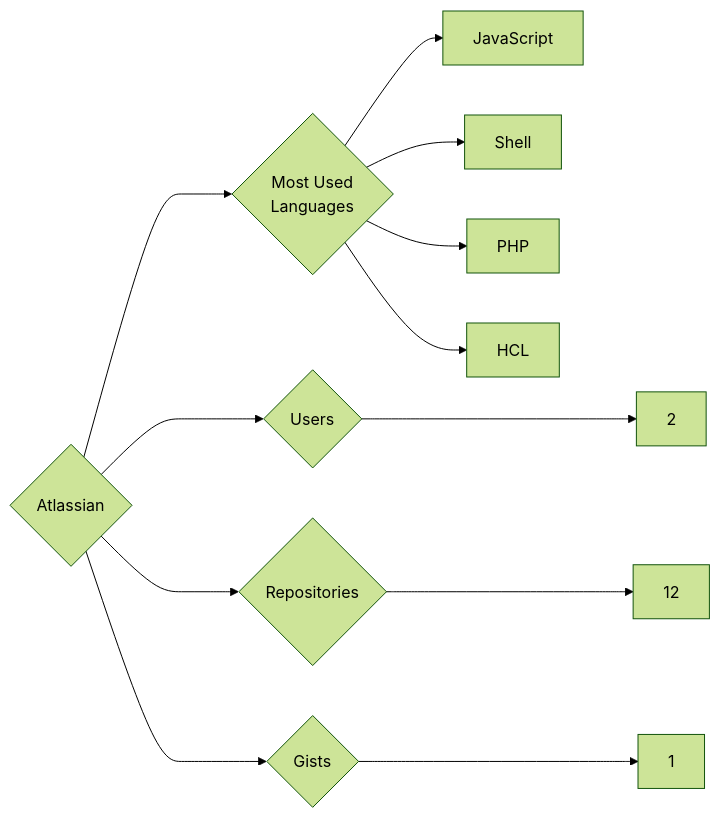
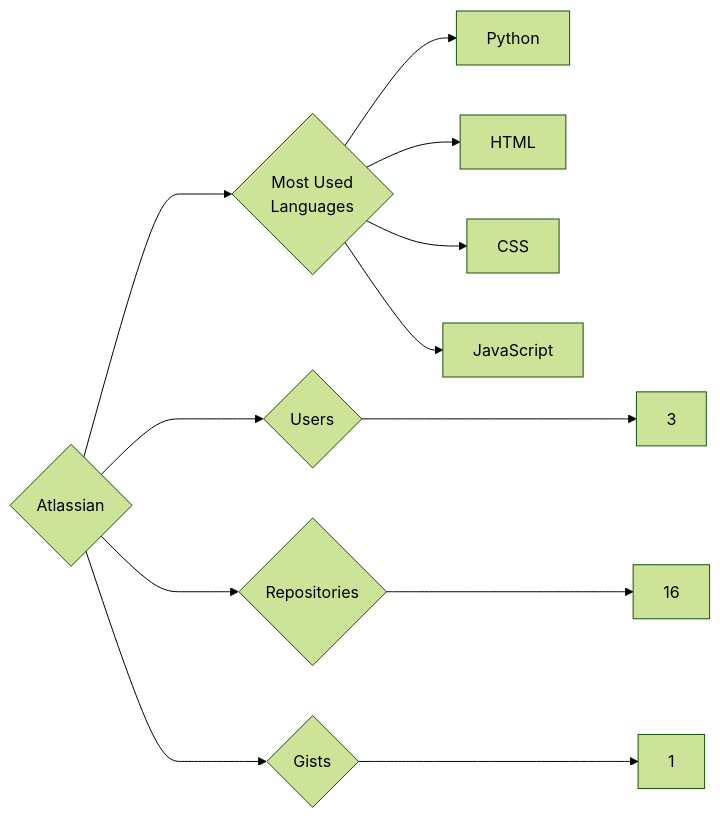
One commit to trickest/insiders changed the diagram in targets/Atlassian/README.md. Above: the diagram before and after it, drawn with Mermaid (forest theme). The commit also changed 993 other files, not shown here.

````diff
--- a/targets/Atlassian/README.md
+++ b/targets/Atlassian/README.md
@@ -3,12 +3,12 @@
 ```mermaid
 graph LR
 COMPANY_NAME{Atlassian}
-COMPANY_NAME ---> U{Users} ---> UN[2]
-COMPANY_NAME ---> R{Repositories} ---> RN[12]
+COMPANY_NAME ---> U{Users} ---> UN[3]
+COMPANY_NAME ---> R{Repositories} ---> RN[16]
 COMPANY_NAME ---> G{Gists} ---> GN[1]
 COMPANY_NAME ---> ML{Most Used<br>Languages}
+ML --> Python[Python]
+ML --> HTML[HTML]
+ML --> CSS[CSS]
 ML --> JavaScript[JavaScript]
-ML --> Shell[Shell]
-ML --> PHP[PHP]
-ML --> HCL[HCL]
 ```
````
